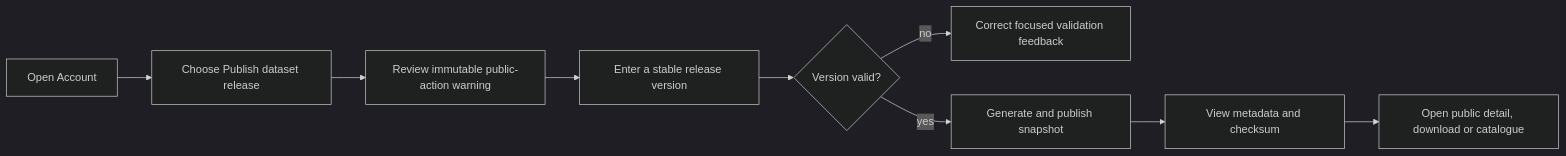
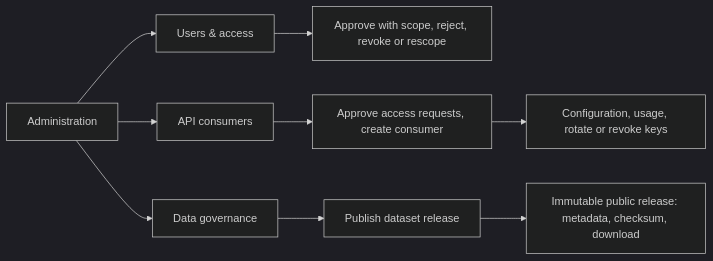
Before and after one commit to NadavSundy/Sport-Analytics-Tool: the seventh of 8 diagrams in docs/design/information-architecture-and-wireframes.md, drawn with Mermaid (dark theme). The commit also changed other lines of this file and 10 other files, not shown here.

````diff
--- a/docs/design/information-architecture-and-wireframes.md
+++ b/docs/design/information-architecture-and-wireframes.md
@@ -236,11 +253,11 @@
 ```mermaid
 flowchart LR
-    A[Open Account] --> B[Choose Publish dataset release]
-    B --> C[Review immutable public-action warning]
-    C --> D[Enter a stable release version]
-    D --> E{Version valid?}
-    E -- no --> F[Correct focused validation feedback]
-    E -- yes --> G[Generate and publish snapshot]
-    G --> H[View metadata and checksum]
-    H --> I[Open public detail, download or catalogue]
+    A[Administration] --> B[Users & access]
+    B --> B1[Approve with scope, reject, revoke or rescope]
+    A --> C[API consumers]
+    C --> C1[Approve access requests, create consumer]
+    C1 --> C2[Configuration, usage, rotate or revoke keys]
+    A --> D[Data governance]
+    D --> D1[Publish dataset release]
+    D1 --> D2[Immutable public release: metadata, checksum, download]
 ```
````
